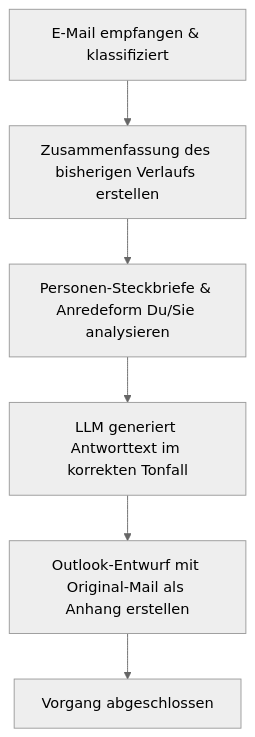
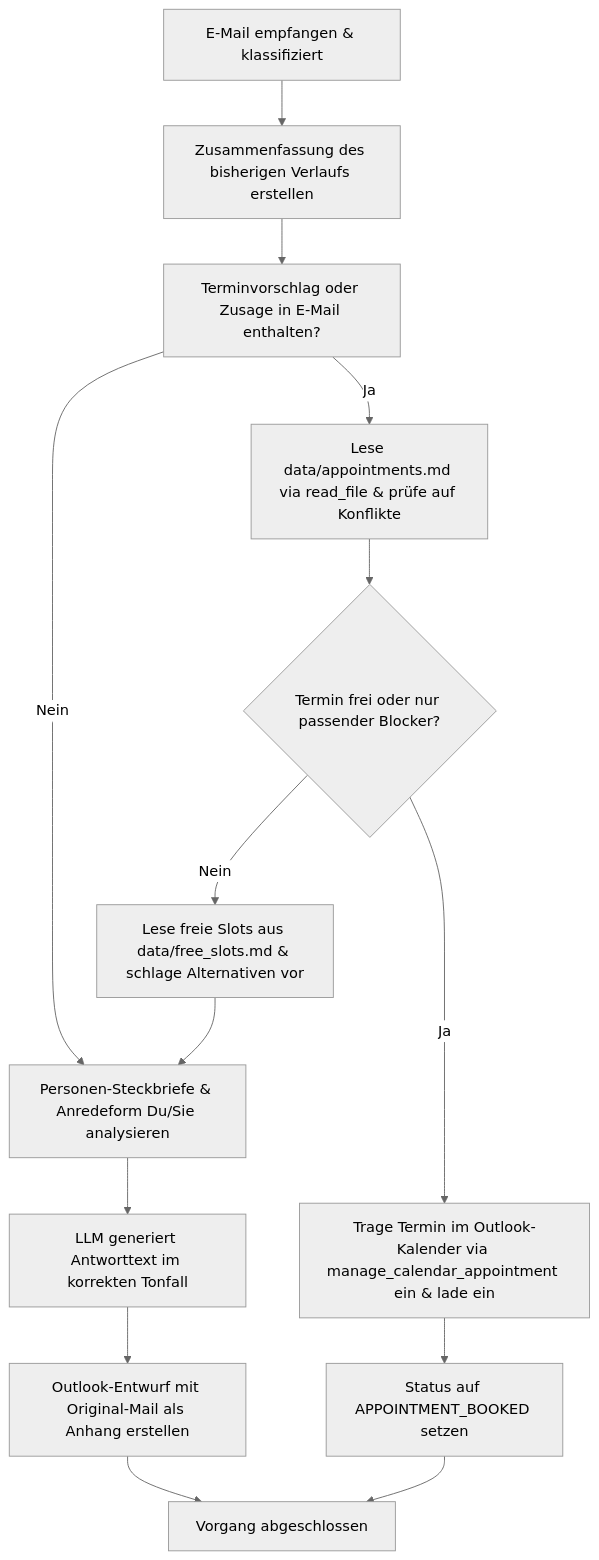
Before and after one commit to dgaida/academic-memory-mcp: the diagram in docs/de/usage/actions/action-1-antwort-schreiben.md, drawn with Mermaid (neutral theme). The commit also changed other lines of this file and 14 other files, not shown here.

````diff
--- a/docs/de/usage/actions/action-1-antwort-schreiben.md
+++ b/docs/de/usage/actions/action-1-antwort-schreiben.md
@@ -19,8 +24,16 @@
 ```mermaid
 graph TD
     A[E-Mail empfangen & klassifiziert] --> B[Zusammenfassung des bisherigen Verlaufs erstellen]
-    B --> C[Personen-Steckbriefe & Anredeform Du/Sie analysieren]
-    C --> D[LLM generiert Antworttext im korrekten Tonfall]
-    D --> E[Outlook-Entwurf mit Original-Mail als Anhang erstellen]
-    E --> F[Vorgang abgeschlossen]
+    B --> C[Terminvorschlag oder Zusage in E-Mail enthalten?]
+    C -- Ja --> D[Lese data/appointments.md via read_file & prüfe auf Konflikte]
+    D --> E{Termin frei oder nur passender Blocker?}
+    E -- Ja --> F[Trage Termin im Outlook-Kalender via manage_calendar_appointment ein & lade ein]
+    E -- Nein --> G[Lese freie Slots aus data/free_slots.md & schlage Alternativen vor]
+    C -- Nein --> H[Personen-Steckbriefe & Anredeform Du/Sie analysieren]
+    F --> I[Status auf APPOINTMENT_BOOKED setzen]
+    G --> H
+    H --> J[LLM generiert Antworttext im korrekten Tonfall]
+    J --> K[Outlook-Entwurf mit Original-Mail als Anhang erstellen]
+    K --> L[Vorgang abgeschlossen]
+    I --> L
 ```
````
